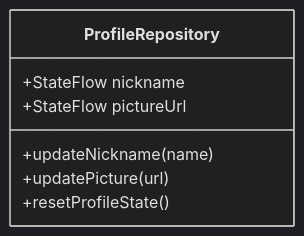
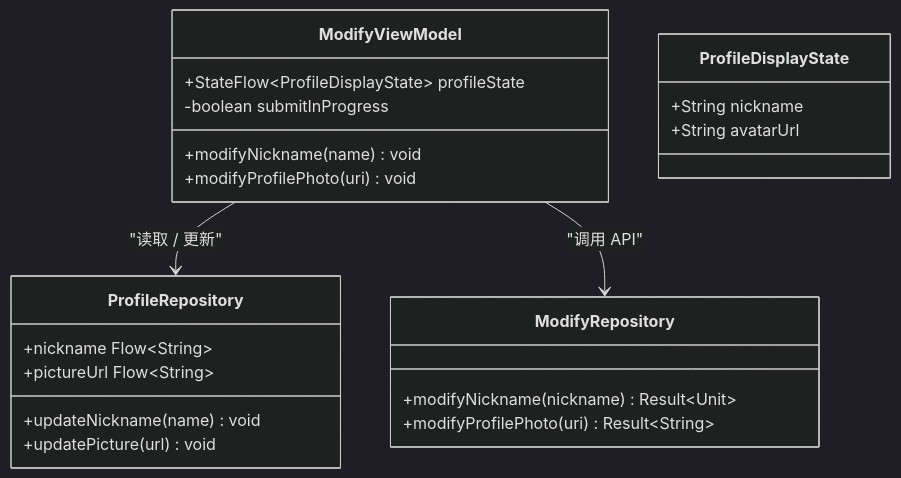
The fourth of 5 diagrams in .qoder/repowiki/zh/content/核心模块/个人中心模块 (module_me)/用户信息管理.md (xrn1997/android-ebook), drawn with Mermaid (dark theme) before and after one commit. The commit also changed other lines of this file and 456 other files, not shown here.

````diff
--- a/.qoder/repowiki/zh/content/核心模块/个人中心模块 (module_me)/用户信息管理.md
+++ b/.qoder/repowiki/zh/content/核心模块/个人中心模块 (module_me)/用户信息管理.md
@@ -151,10 +235,29 @@
 ```mermaid
 classDiagram
+    class ModifyViewModel {
+        +StateFlow~ProfileDisplayState~ profileState
+        -boolean submitInProgress
+        +modifyNickname(name) void
+        +modifyProfilePhoto(uri) void
+    }
+
+    class ProfileDisplayState {
+        +String nickname
+        +String avatarUrl
+    }
+
+    class ModifyRepository {
+        +modifyNickname(nickname) Result~Unit~
+        +modifyProfilePhoto(uri) Result~String~
+    }
+
     class ProfileRepository {
-        +StateFlow<String> nickname
-        +StateFlow<String> pictureUrl
-        +updateNickname(name)
-        +updatePicture(url)
-        +resetProfileState()
+        +nickname Flow~String~
+        +pictureUrl Flow~String~
+        +updateNickname(name) void
+        +updatePicture(url) void
     }
+
+    ModifyViewModel --> ProfileRepository : "读取 / 更新"
+    ModifyViewModel --> ModifyRepository : "调用 API"
 ```
````
